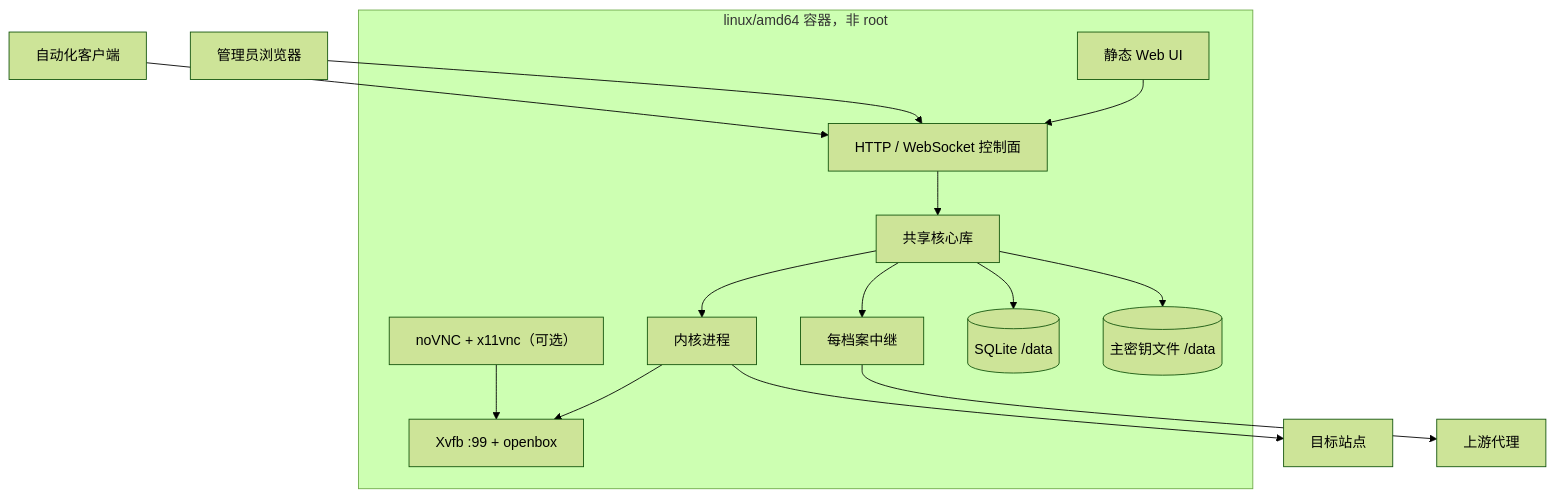
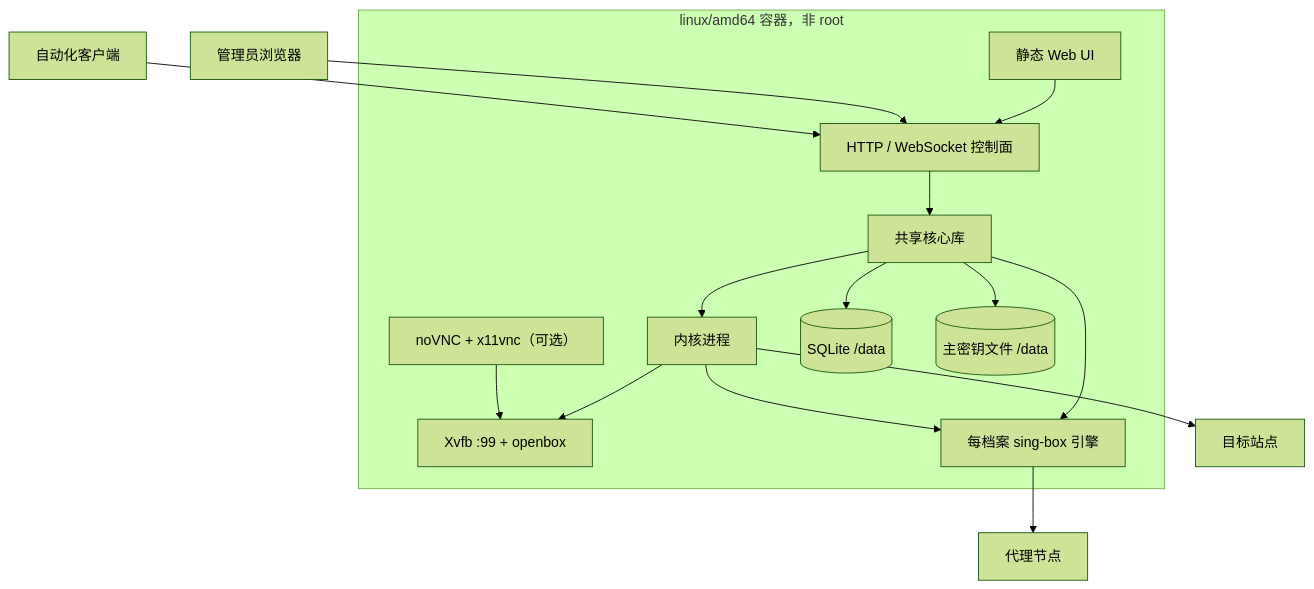
The third of 7 diagrams in docs/ARCHITECTURE.md (IvanLi-CN/mien), drawn with Mermaid (forest theme) before and after one commit. The commit also changed other lines of this file and 25 other files, not shown here.

````diff
--- a/docs/ARCHITECTURE.md
+++ b/docs/ARCHITECTURE.md
@@ -67,26 +69,27 @@
 ```mermaid
 flowchart TB
   subgraph Container["linux/amd64 容器，非 root"]
     Web["静态 Web UI"]
     API["HTTP / WebSocket 控制面"]
     Core["共享核心库"]
     Xvfb["Xvfb :99 + openbox"]
     Kernel["内核进程"]
-    Relay["每档案中继"]
+    Proxy["每档案 sing-box 引擎"]
     Viewer["noVNC + x11vnc（可选）"]
     DB[("SQLite /data")]
     KeyFile[("主密钥文件 /data")]
     API --> Core
     Web --> API
     Core --> Kernel
-    Core --> Relay
+    Core --> Proxy
     Core --> DB
     Core --> KeyFile
     Kernel --> Xvfb
+    Kernel --> Proxy
     Viewer --> Xvfb
   end
   Admin["管理员浏览器"] --> API
   Automation["自动化客户端"] --> API
   Kernel --> Sites["目标站点"]
-  Relay --> Upstream["上游代理"]
+  Proxy --> Upstream["代理节点"]
 ```
````
